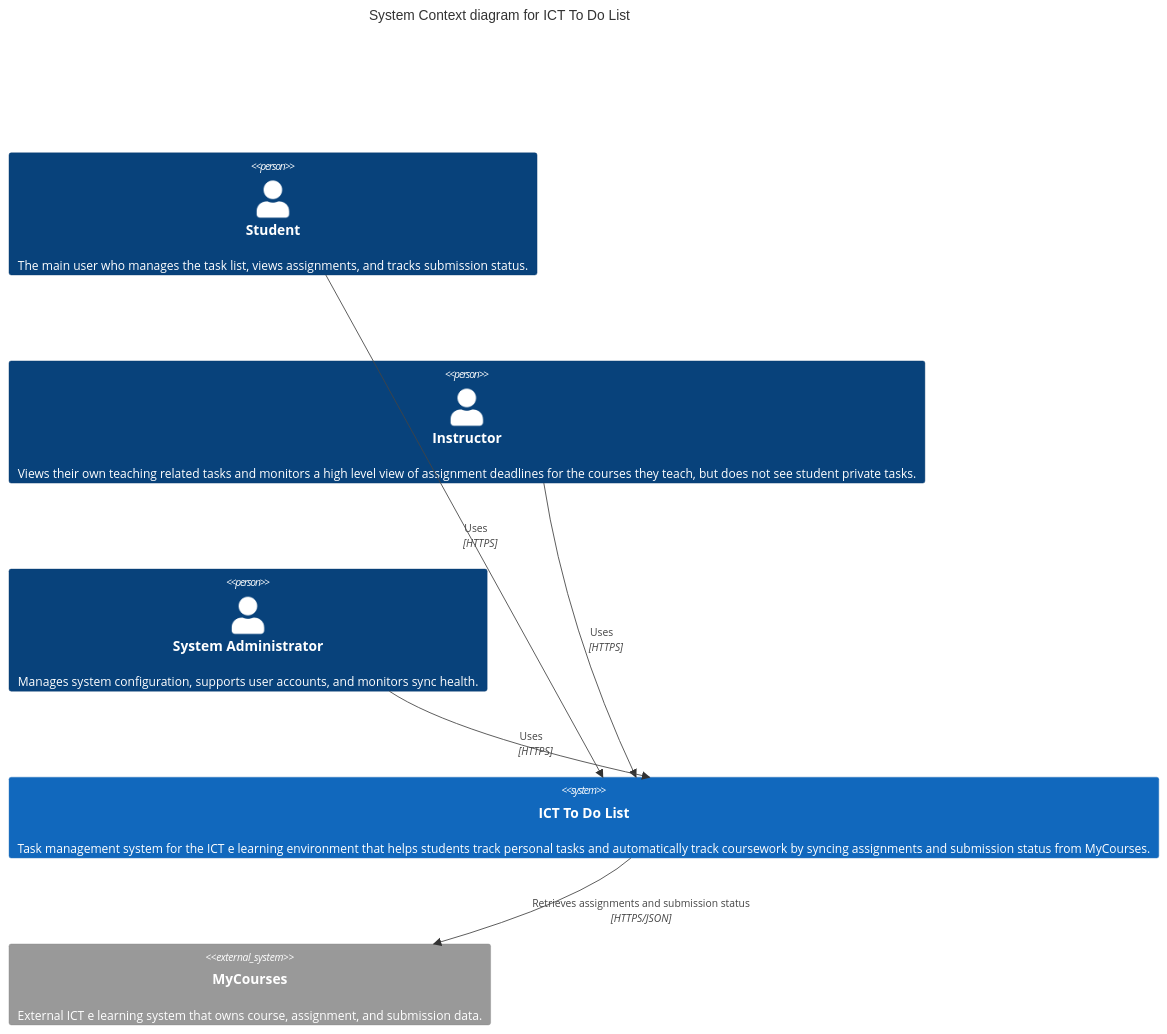
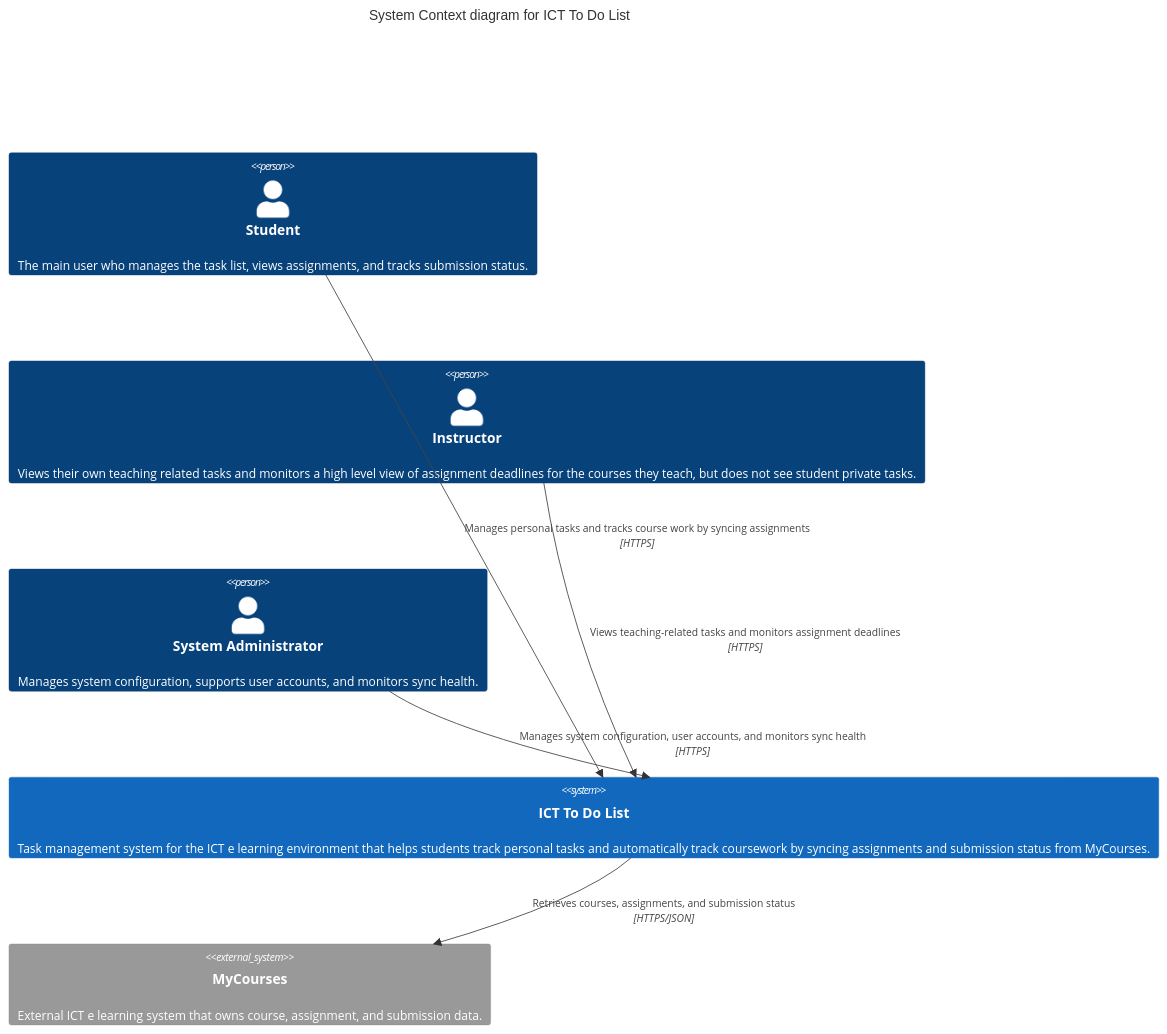
One commit to Korawit-chn/Aaaaaaa-todolist changed the diagram in c4-lab/ICT_to_do_Context.mmd. Above: the diagram before and after it, drawn with Mermaid. The commit also changed 2 other files, not shown here.

Commit message:
Updated Diagram

```diff
--- a/c4-lab/ICT_to_do_Context.mmd
+++ b/c4-lab/ICT_to_do_Context.mmd
@@ -1,17 +1,17 @@
 C4Context
 title System Context diagram for ICT To Do List
 
 Person(student, "Student", "The main user who manages the task list, views assignments, and tracks submission status.")
 Person(instructor, "Instructor", "Views their own teaching related tasks and monitors a high level view of assignment deadlines for the courses they teach, but does not see student private tasks.")
 Person(admin, "System Administrator", "Manages system configuration, supports user accounts, and monitors sync health.")
 
 System(ict_todo, "ICT To Do List", "Task management system for the ICT e learning environment that helps students track personal tasks and automatically track coursework by syncing assignments and submission status from MyCourses.")
 
 System_Ext(mycourses, "MyCourses", "External ICT e learning system that owns course, assignment, and submission data.")
 
-Rel(student, ict_todo, "Uses", "HTTPS")
-Rel(instructor, ict_todo, "Uses", "HTTPS")
-Rel(admin, ict_todo, "Uses", "HTTPS")
+Rel(student, ict_todo, "Manages personal tasks and tracks course work by syncing assignments", "HTTPS")
+Rel(instructor, ict_todo, "Views teaching-related tasks and monitors assignment deadlines", "HTTPS")
+Rel(admin, ict_todo, "Manages system configuration, user accounts, and monitors sync health", "HTTPS")
 
-Rel(ict_todo, mycourses, "Retrieves assignments and submission status", "HTTPS/JSON")
+Rel(ict_todo, mycourses, "Retrieves courses, assignments, and submission status", "HTTPS/JSON")
 UpdateLayoutConfig($c4ShapeInRow="2")
```
